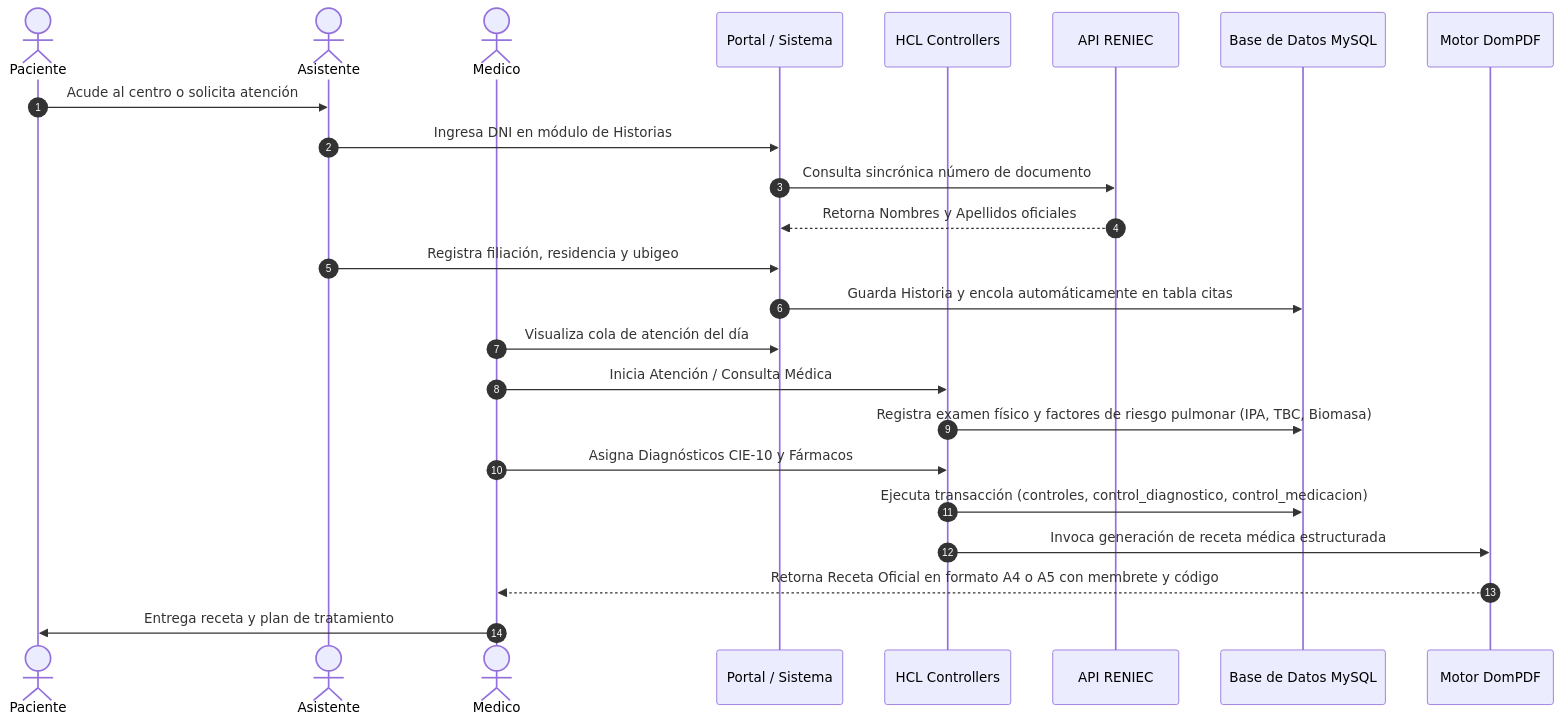
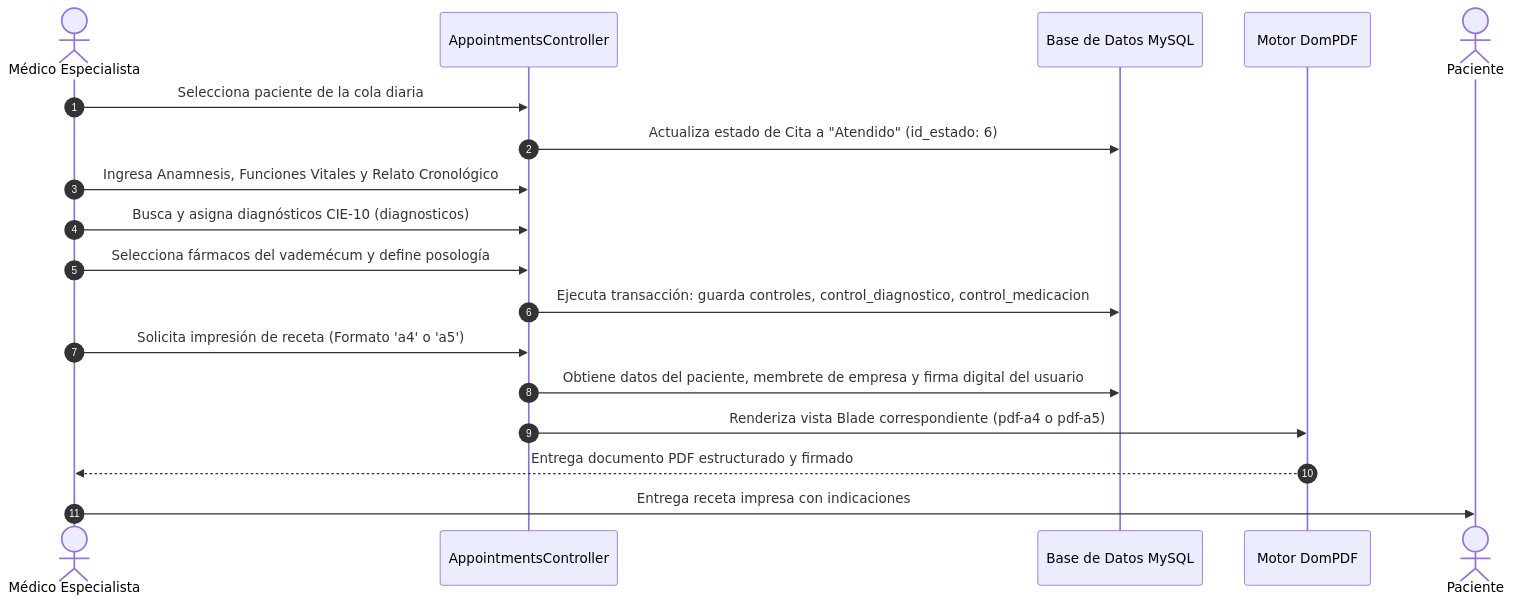
Before and after one commit to gercova/neumolav: the third of 3 diagrams in PDR.md, drawn with Mermaid. The commit also changed other lines of this file and 2 other files, not shown here.

Commit message:
feat: documentación del sistema actualizado (PDR y README)

````diff
--- a/PDR.md
+++ b/PDR.md
@@ -131,28 +171,21 @@
 ```mermaid
 sequenceDiagram
     autonumber
-    actor Paciente
-    actor Asistente
-    actor Medico
-    participant Web as Portal / Sistema
-    participant Controller as HCL Controllers
-    participant Reniec as API RENIEC
-    participant DB as Base de Datos MySQL
+    actor Medico as Médico Especialista
+    participant Controller as AppointmentsController
+    participant BD as Base de Datos MySQL
     participant PDF as Motor DomPDF
+    actor Paciente as Paciente
 
-    Paciente->>Asistente: Acude al centro o solicita atención
-    Asistente->>Web: Ingresa DNI en módulo de Historias
-    Web->>Reniec: Consulta sincrónica número de documento
-    Reniec-->>Web: Retorna Nombres y Apellidos oficiales
-    Asistente->>Web: Registra filiación, residencia y ubigeo
-    Web->>DB: Guarda Historia y encola automáticamente en tabla citas
-    
-    Medico->>Web: Visualiza cola de atención del día
-    Medico->>Controller: Inicia Atención / Consulta Médica
-    Controller->>DB: Registra examen físico y factores de riesgo pulmonar (IPA, TBC, Biomasa)
-    Medico->>Controller: Asigna Diagnósticos CIE-10 y Fármacos
-    Controller->>DB: Ejecuta transacción (controles, control_diagnostico, control_medicacion)
-    Controller->>PDF: Invoca generación de receta médica estructurada
-    PDF-->>Medico: Retorna Receta Oficial en formato A4 o A5 con membrete y código
-    Medico->>Paciente: Entrega receta y plan de tratamiento
+    Medico->>Controller: Selecciona paciente de la cola diaria
+    Controller->>BD: Actualiza estado de Cita a "Atendido" (id_estado: 6)
+    Medico->>Controller: Ingresa Anamnesis, Funciones Vitales y Relato Cronológico
+    Medico->>Controller: Busca y asigna diagnósticos CIE-10 (diagnosticos)
+    Medico->>Controller: Selecciona fármacos del vademécum y define posología
+    Controller->>BD: Ejecuta transacción: guarda controles, control_diagnostico, control_medicacion
+    Medico->>Controller: Solicita impresión de receta (Formato 'a4' o 'a5')
+    Controller->>BD: Obtiene datos del paciente, membrete de empresa y firma digital del usuario
+    Controller->>PDF: Renderiza vista Blade correspondiente (pdf-a4 o pdf-a5)
+    PDF-->>Medico: Entrega documento PDF estructurado y firmado
+    Medico->>Paciente: Entrega receta impresa con indicaciones
 ```
````
